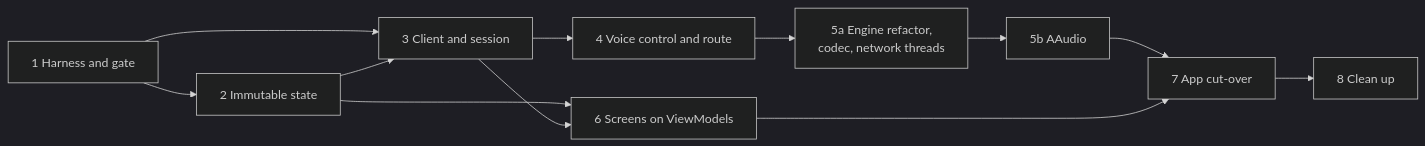
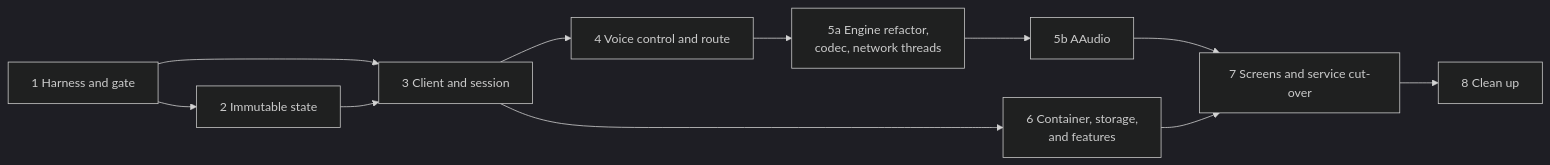
Before and after one commit to 360ied/mumla-oled: the diagram in docs/tech-debt-whales/target-architecture/migration.md, drawn with Mermaid (dark theme). The commit also changed other lines of this file and 9 other files, not shown here.

````diff
--- a/docs/tech-debt-whales/target-architecture/migration.md
+++ b/docs/tech-debt-whales/target-architecture/migration.md
@@ -22,14 +26,13 @@
 ```mermaid
 flowchart LR
     S1["1 Harness and gate"] --> S2["2 Immutable state"]
     S1 --> S3["3 Client and session"]
     S2 --> S3
     S3 --> S4["4 Voice control and route"]
     S4 --> S5a["5a Engine refactor,<br/>codec, network threads"]
     S5a --> S5b["5b AAudio"]
-    S2 --> S6["6 Screens on ViewModels"]
-    S3 --> S6
-    S5b --> S7["7 App cut-over"]
+    S3 --> S6["6 Container, storage,<br/>and features"]
+    S5b --> S7["7 Screens and service cut-over"]
     S6 --> S7
     S7 --> S8["8 Clean up"]
 ```
````
